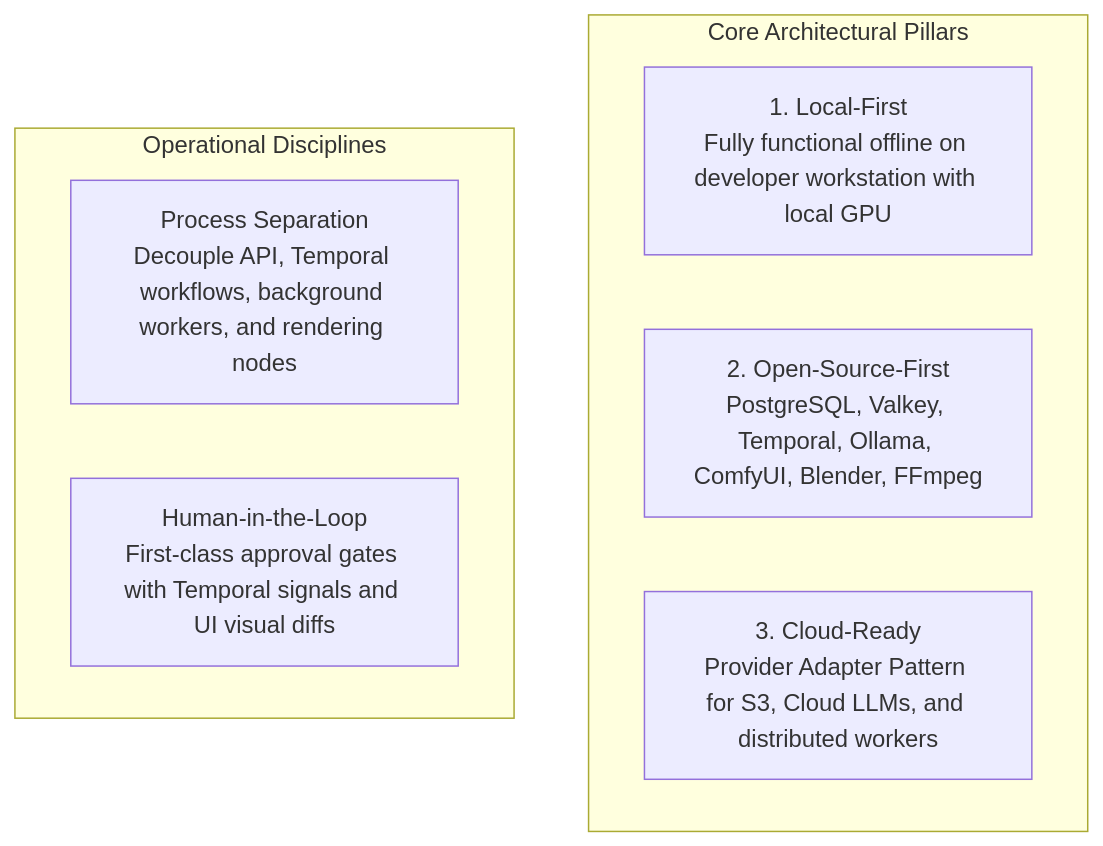
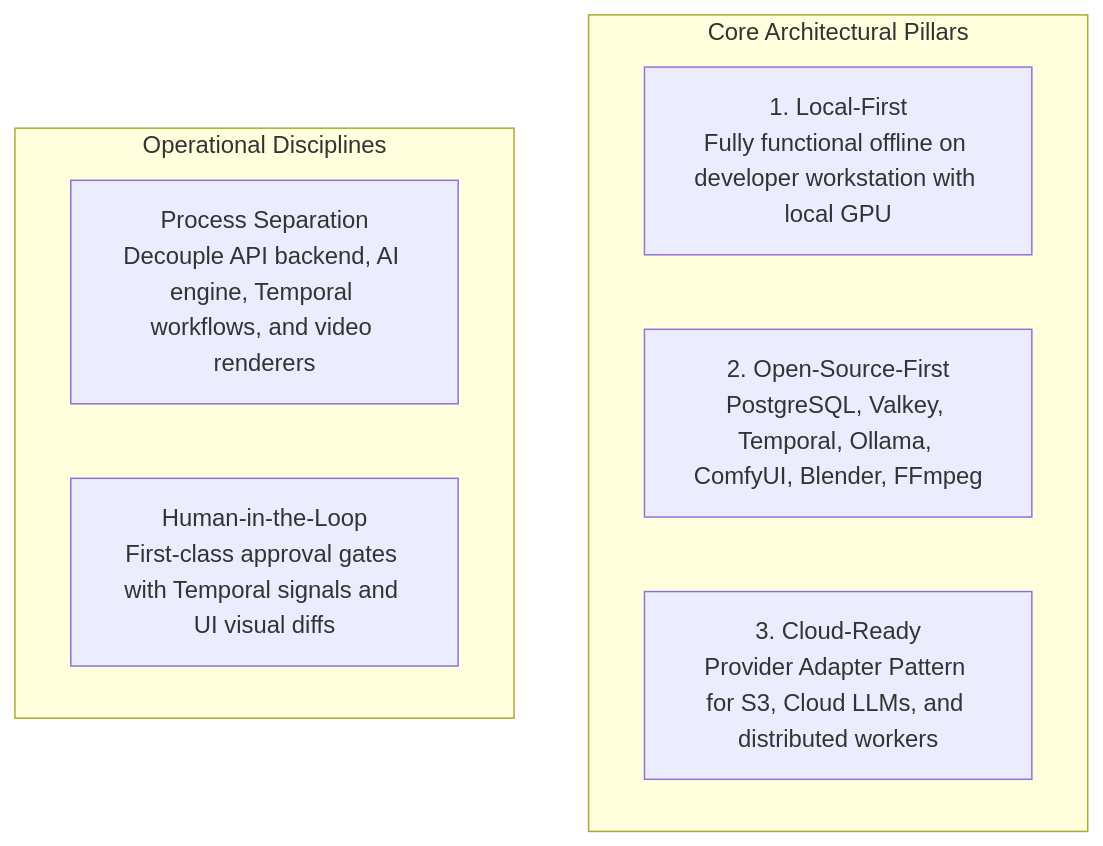
The second of 4 diagrams in PROJECT.md (hoanglong2206/Video-Tool), drawn with Mermaid before and after one commit. The commit also changed other lines of this file and 9 other files, not shown here.

Commit message:
docs(server): update documentation system for server/ai-engine and server/backend split

````diff
--- a/PROJECT.md
+++ b/PROJECT.md
@@ -75,13 +95,13 @@
 ```mermaid
 graph TD
     subgraph Pillars ["Core Architectural Pillars"]
         P1["1. Local-First<br>Fully functional offline on developer workstation with local GPU"]
         P2["2. Open-Source-First<br>PostgreSQL, Valkey, Temporal, Ollama, ComfyUI, Blender, FFmpeg"]
         P3["3. Cloud-Ready<br>Provider Adapter Pattern for S3, Cloud LLMs, and distributed workers"]
     end
 
     subgraph Disciplines ["Operational Disciplines"]
-        D1["Process Separation<br>Decouple API, Temporal workflows, background workers, and rendering nodes"]
+        D1["Process Separation<br>Decouple API backend, AI engine, Temporal workflows, and video renderers"]
         D2["Human-in-the-Loop<br>First-class approval gates with Temporal signals and UI visual diffs"]
     end
 ```
````
